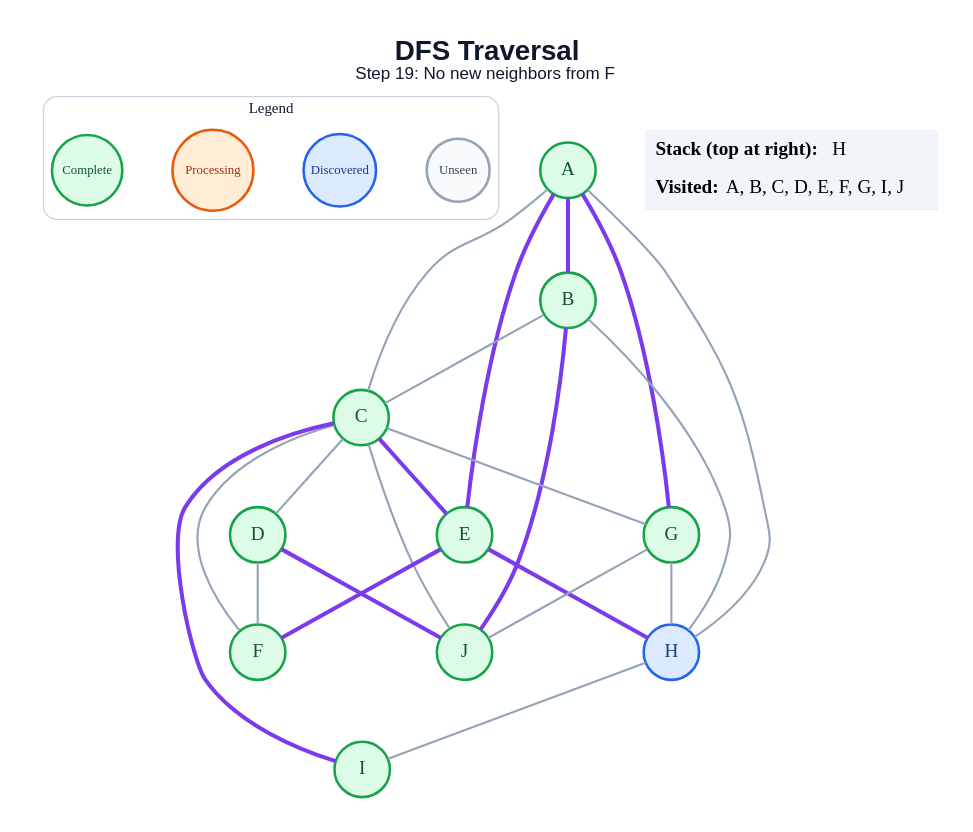
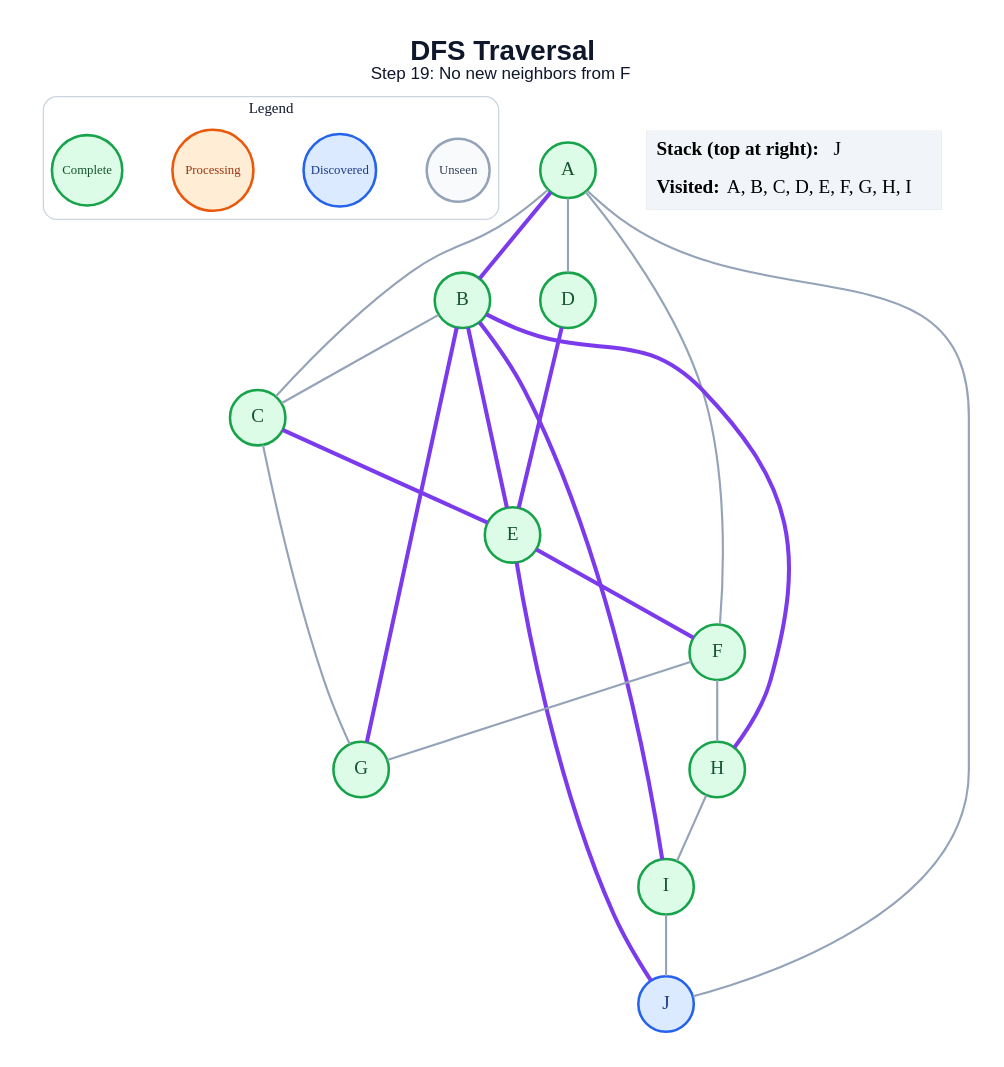
One commit to anon7238593-create/ai-slop changed the diagram in generated/specific-node/dfs/step_19.dot. Above: the diagram before and after it, drawn with Graphviz. The commit also changed 171 other files, not shown here.

```diff
--- a/generated/specific-node/dfs/step_19.dot
+++ b/generated/specific-node/dfs/step_19.dot
@@ -1,50 +1,48 @@
 graph traversal {
   graph [layout=dot, rankdir=TB, bgcolor="#FFFFFF", pad="0.35", nodesep="0.65", ranksep="0.8", fontname="Arial"];
   node [shape=circle, style="filled", fontname="Arial Bold", fontsize=18, width=0.72, fixedsize=true, penwidth=2.4];
   edge [color="#94A3B8", penwidth=2.0];
   label=<<B>DFS Traversal</B><BR/><FONT POINT-SIZE="16">Step 19: No new neighbors from F</FONT>>; labelloc="t"; fontsize=26; fontname="Arial"; fontcolor="#0F172A";
   subgraph cluster_legend { label="Legend"; color="#CBD5E1"; penwidth=1.2; style="rounded"; fontsize=14; fontname="Arial Bold";
     key_unseen [label="Unseen", fillcolor="#F8FAFC", color="#94A3B8", fontcolor="#334155", fontsize=12, width=0.82];
     key_frontier [label="Discovered", fillcolor="#DBEAFE", color="#2563EB", fontcolor="#1E3A8A", fontsize=12, width=0.95];
     key_current [label="Processing", fillcolor="#FFEDD5", color="#EA580C", fontcolor="#9A3412", fontsize=12, width=1.05];
     key_done [label="Complete", fillcolor="#DCFCE7", color="#16A34A", fontcolor="#14532D", fontsize=12, width=0.92];
     { rank=same; key_unseen; key_frontier; key_current; key_done; }
   }
   A [fillcolor="#DCFCE7", color="#16A34A", fontcolor="#14532D"];
   B [fillcolor="#DCFCE7", color="#16A34A", fontcolor="#14532D"];
   C [fillcolor="#DCFCE7", color="#16A34A", fontcolor="#14532D"];
   D [fillcolor="#DCFCE7", color="#16A34A", fontcolor="#14532D"];
   E [fillcolor="#DCFCE7", color="#16A34A", fontcolor="#14532D"];
   F [fillcolor="#DCFCE7", color="#16A34A", fontcolor="#14532D"];
   G [fillcolor="#DCFCE7", color="#16A34A", fontcolor="#14532D"];
-  H [fillcolor="#DBEAFE", color="#2563EB", fontcolor="#1E3A8A"];
+  H [fillcolor="#DCFCE7", color="#16A34A", fontcolor="#14532D"];
   I [fillcolor="#DCFCE7", color="#16A34A", fontcolor="#14532D"];
-  J [fillcolor="#DCFCE7", color="#16A34A", fontcolor="#14532D"];
+  J [fillcolor="#DBEAFE", color="#2563EB", fontcolor="#1E3A8A"];
   A -- B [color="#7C3AED", penwidth=3.8];
   A -- C;
-  A -- E [color="#7C3AED", penwidth=3.8];
-  A -- G [color="#7C3AED", penwidth=3.8];
-  A -- H;
+  A -- D;
+  A -- F;
+  A -- J;
   B -- C;
-  B -- H;
-  B -- J [color="#7C3AED", penwidth=3.8];
-  C -- D;
+  B -- E [color="#7C3AED", penwidth=3.8];
+  B -- G [color="#7C3AED", penwidth=3.8];
+  B -- H [color="#7C3AED", penwidth=3.8];
+  B -- I [color="#7C3AED", penwidth=3.8];
   C -- E [color="#7C3AED", penwidth=3.8];
-  C -- F;
   C -- G;
-  C -- I [color="#7C3AED", penwidth=3.8];
-  C -- J;
-  D -- F;
-  D -- J [color="#7C3AED", penwidth=3.8];
+  D -- E [color="#7C3AED", penwidth=3.8];
   E -- F [color="#7C3AED", penwidth=3.8];
-  E -- H [color="#7C3AED", penwidth=3.8];
-  G -- H;
-  G -- J;
+  E -- J [color="#7C3AED", penwidth=3.8];
+  F -- G;
+  F -- H;
   H -- I;
+  I -- J;
   status [shape=plain, fixedsize=false, width=0, height=0, margin=0, label=<
     <TABLE BORDER="0" CELLBORDER="0" CELLPADDING="7" BGCOLOR="#F1F5F9">
-      <TR><TD ALIGN="LEFT"><B>Stack (top at right):</B> H</TD></TR>
-      <TR><TD ALIGN="LEFT"><B>Visited:</B> A, B, C, D, E, F, G, I, J</TD></TR>
+      <TR><TD ALIGN="LEFT"><B>Stack (top at right):</B> J</TD></TR>
+      <TR><TD ALIGN="LEFT"><B>Visited:</B> A, B, C, D, E, F, G, H, I</TD></TR>
     </TABLE>
   >];
 }
```
